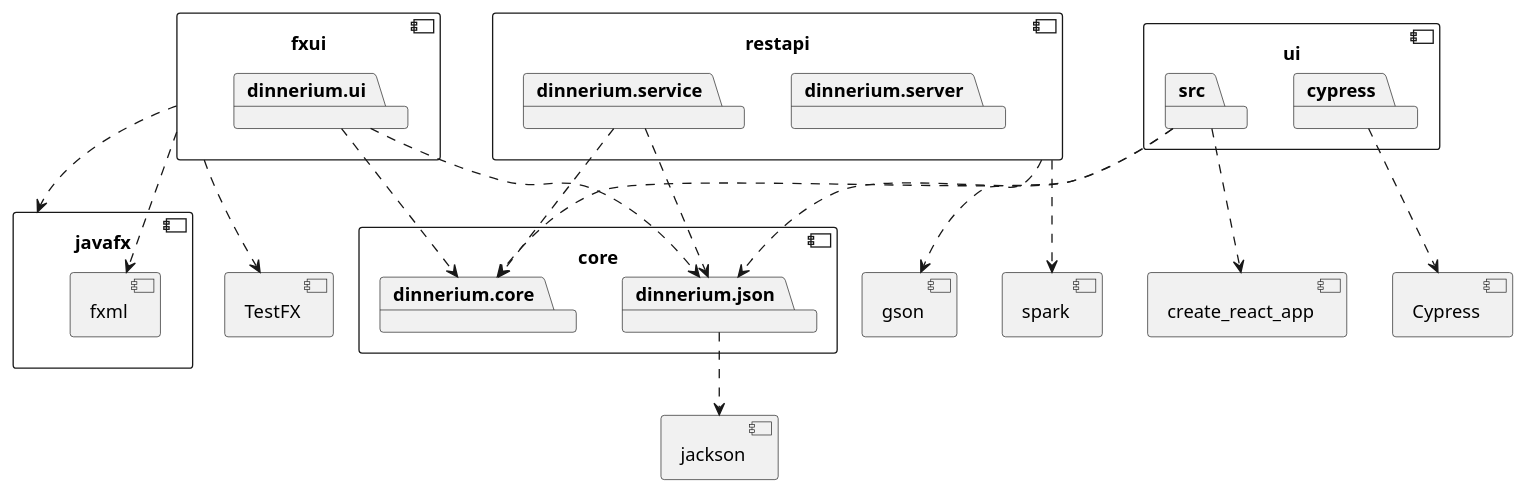
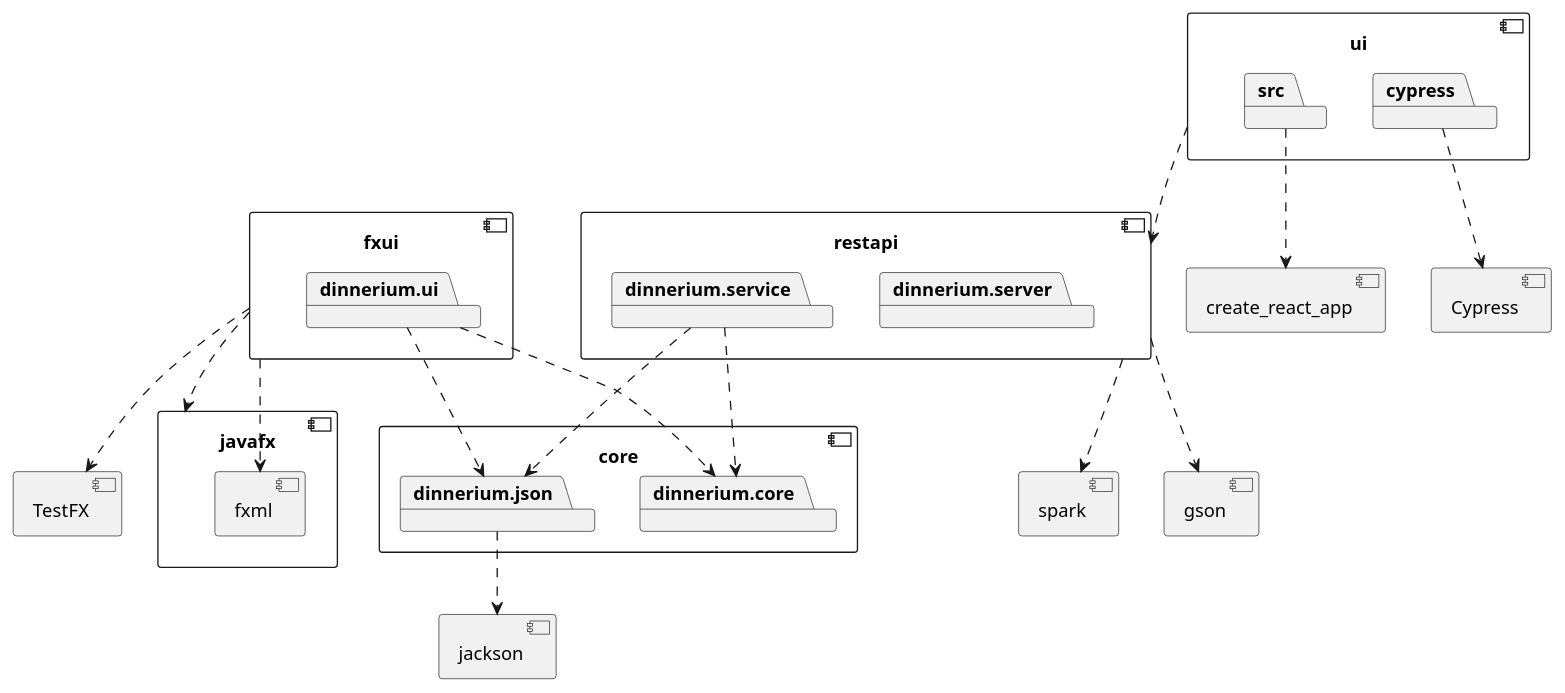
Before and after one commit to joonerik/dinnerium: the diagram in documentation/diagrams/src/package_diagram.puml, drawn with PlantUML. The commit also changed 1 other file, not shown here.

Commit message:
change association such that ui ..> restapi in package_diagram

```diff
--- a/documentation/diagrams/src/package_diagram.puml
+++ b/documentation/diagrams/src/package_diagram.puml
@@ -1,67 +1,66 @@
 @startuml package_diagram
 
 component core {
 	package dinnerium.core
 	package dinnerium.json
 }
 
 component jackson {
 }
 
 component TestFX {
 }
 
 dinnerium.json ..> jackson
 
 component fxui {
 	package dinnerium.ui
 }
 
 dinnerium.ui ..> dinnerium.core
 dinnerium.ui ..> dinnerium.json
 fxui ..> TestFX
 
 component javafx {
 	component fxml {
 	}
 }
 
 fxui ..> javafx
 fxui ..> fxml
 
 component restapi {
 	package dinnerium.server
 	package dinnerium.service
 }
 
 component spark {
 }
 
 component gson {
 }
 
 restapi ..> spark
 restapi ..> gson
 
 component ui {
 	package src
 	package cypress
 }
 
 component create_react_app {
 }
 
 component Cypress {
 }
 
 src ..> create_react_app
 cypress ..> Cypress
-src ..> dinnerium.json
-src ..> dinnerium.core
+ui ..> restapi
 
 
 dinnerium.service ..> dinnerium.core
 dinnerium.service ..> dinnerium.json
 
 
 @enduml
```
